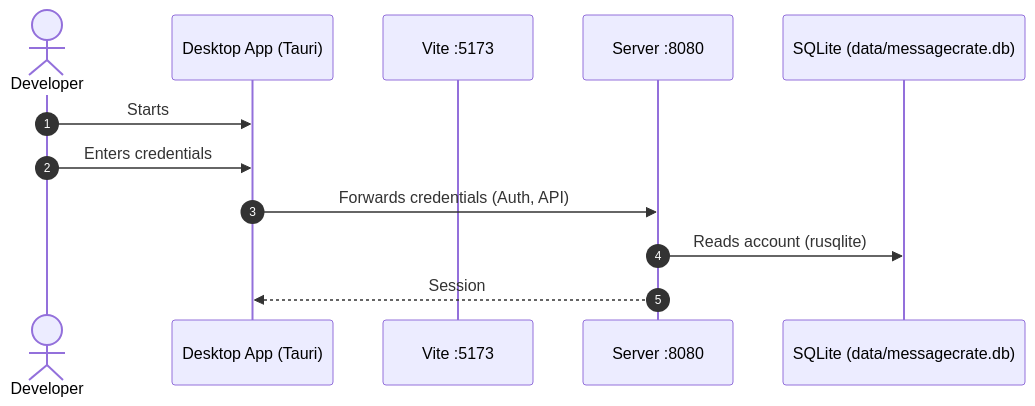
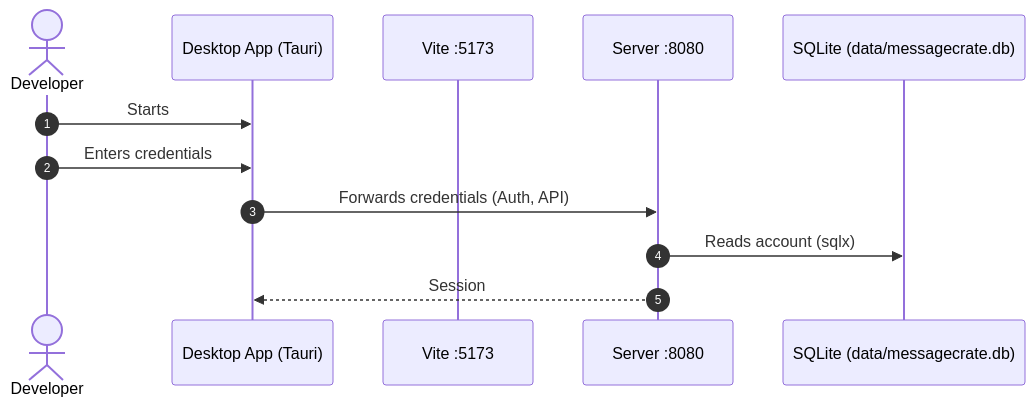
Before and after one commit to bitrealm-io/message-vault: the second of 4 diagrams in docs/src/content/docs/docs/developer/design.md, drawn with Mermaid. The commit also changed other lines of this file and 33 other files, not shown here.

````diff
--- a/docs/src/content/docs/docs/developer/design.md
+++ b/docs/src/content/docs/docs/developer/design.md
@@ -124,16 +124,16 @@
 ```mermaid
 sequenceDiagram
     autonumber
     actor Dev as Developer
     participant Desktop as Desktop App (Tauri)
     participant Vite as Vite :5173
     participant Server as Server :8080
 
     participant DB as SQLite (data/messagecrate.db)
 
     Dev->>Desktop: Starts
     Dev->>Desktop: Enters credentials
     Desktop->>Server: Forwards credentials (Auth, API)
-    Server->>DB: Reads account (rusqlite)
+    Server->>DB: Reads account (sqlx)
     Server-->>Desktop: Session
 ```
````
